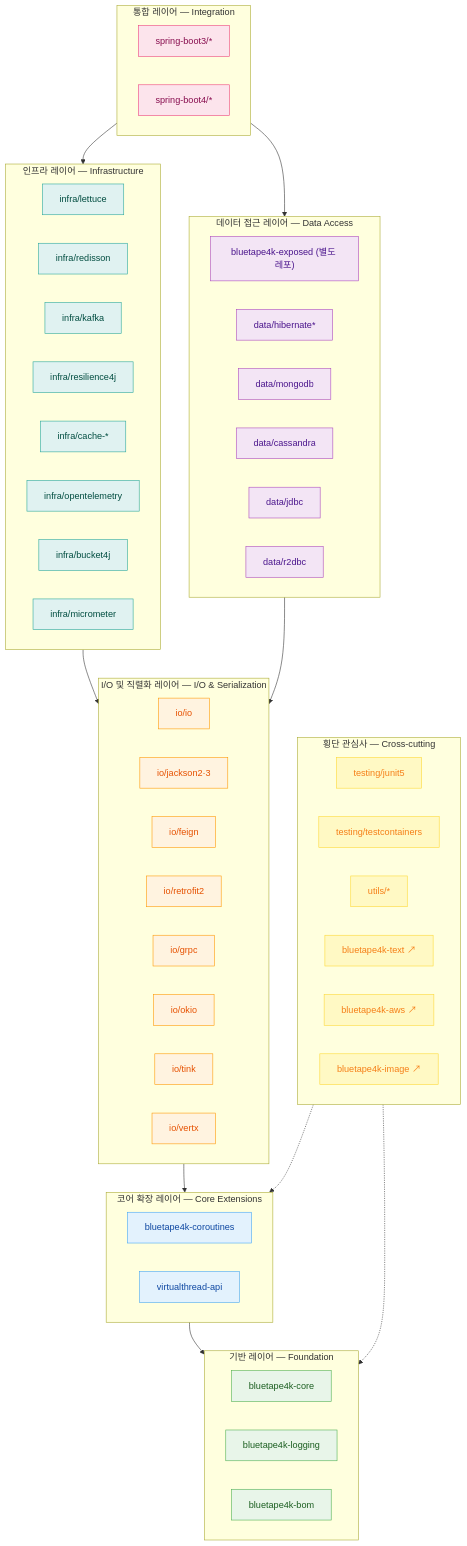
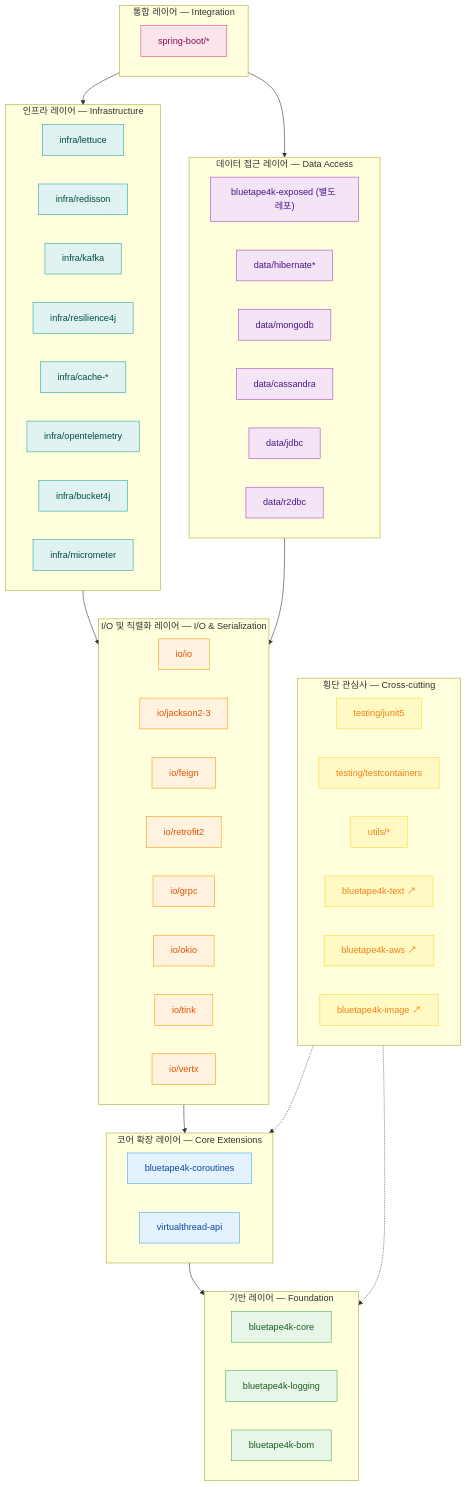
One commit to bluetape4k/bluetape4k-projects changed the diagram in README.ko.md. Above: the diagram before and after it, drawn with Mermaid. The commit also changed other lines of this file and 685 other files, not shown here.

First line of the commit message:
Make Spring Boot 4 the standard Spring Boot line

````diff
--- a/README.ko.md
+++ b/README.ko.md
@@ -70,8 +70,7 @@
 ```mermaid
 flowchart TB
     subgraph L5["통합 레이어 — Integration"]
-        SB3["spring-boot3/*"]
-        SB4["spring-boot4/*"]
+        SB["spring-boot/*"]
     end
 
     subgraph L4["인프라 레이어 — Infrastructure"]
@@ -150,6 +149,6 @@
     class IO,JACKSON,FEIGN,RETRO,GRPC,OKIO,TINK,VERTX ioLayer
     class EXP,HIB,MONGO,CASS,JDBC,R2DBC dataLayer
     class LETTUCE,REDISSON,KAFKA,R4J,CACHE,OTEL,BUCKET,MICRO infraLayer
-    class SB3,SB4 intLayer
+    class SB intLayer
     class JUNIT,TC,UTILS,TEXTS,AWS,IMG crossLayer
 ```
````
